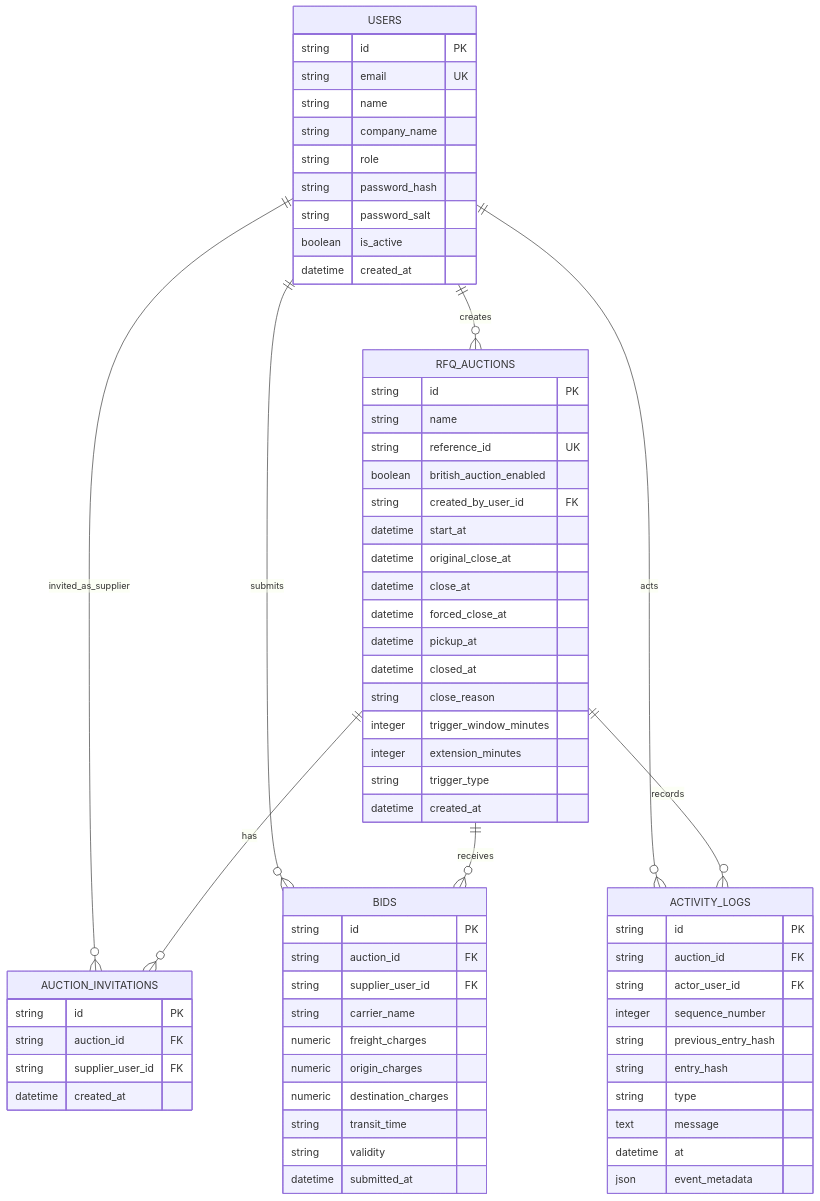
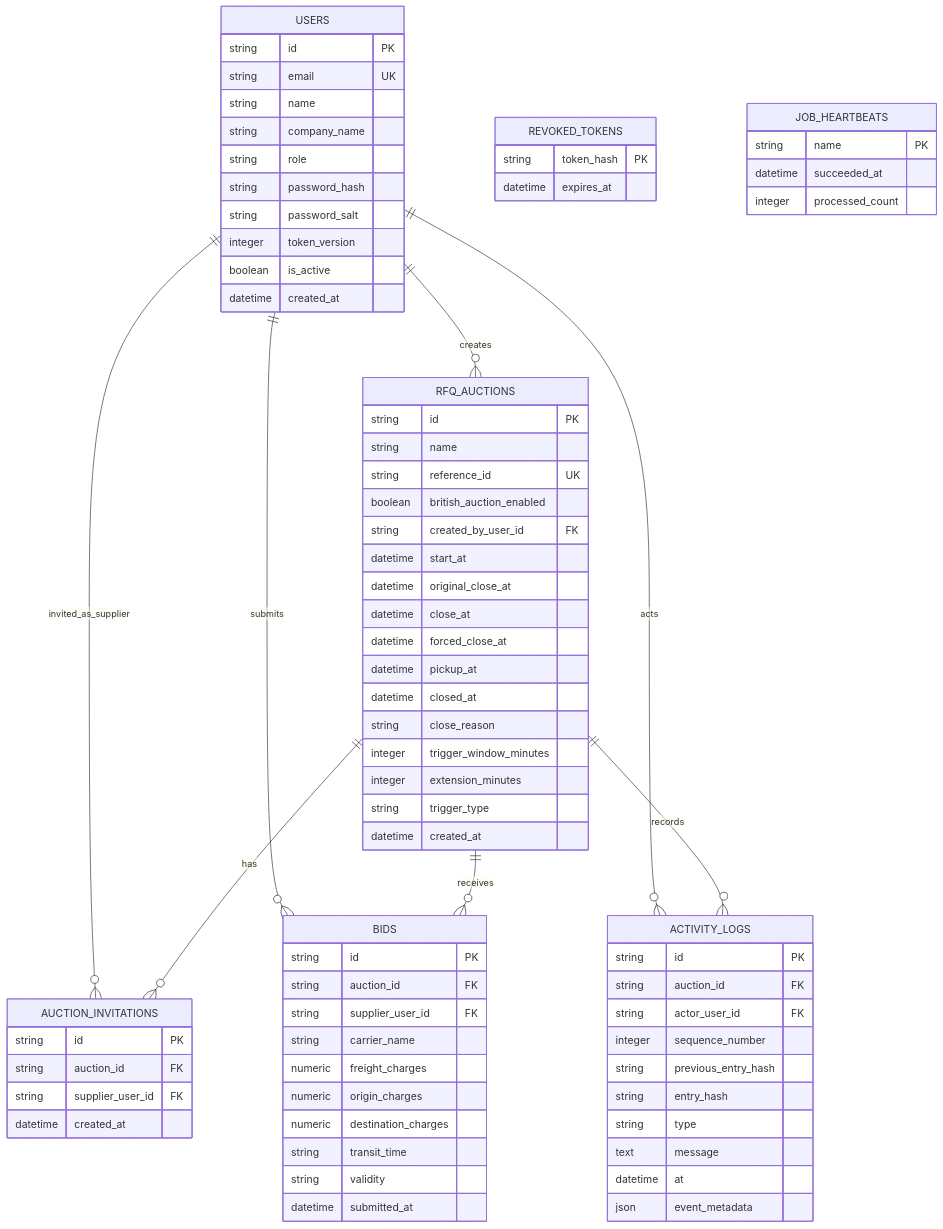
The diagram in docs/database-schema.md (Rammanideep-ghantasala/British-Auction-in-RFQ-System), drawn with Mermaid before and after one commit. The commit also changed other lines of this file and 48 other files, not shown here.

````diff
--- a/docs/database-schema.md
+++ b/docs/database-schema.md
@@ -20,6 +20,7 @@
         string role
         string password_hash
         string password_salt
+        integer token_version
         boolean is_active
         datetime created_at
     }
@@ -75,4 +76,13 @@
         datetime at
         json event_metadata
     }
+    REVOKED_TOKENS {
+        string token_hash PK
+        datetime expires_at
+    }
+    JOB_HEARTBEATS {
+        string name PK
+        datetime succeeded_at
+        integer processed_count
+    }
 ```
````
